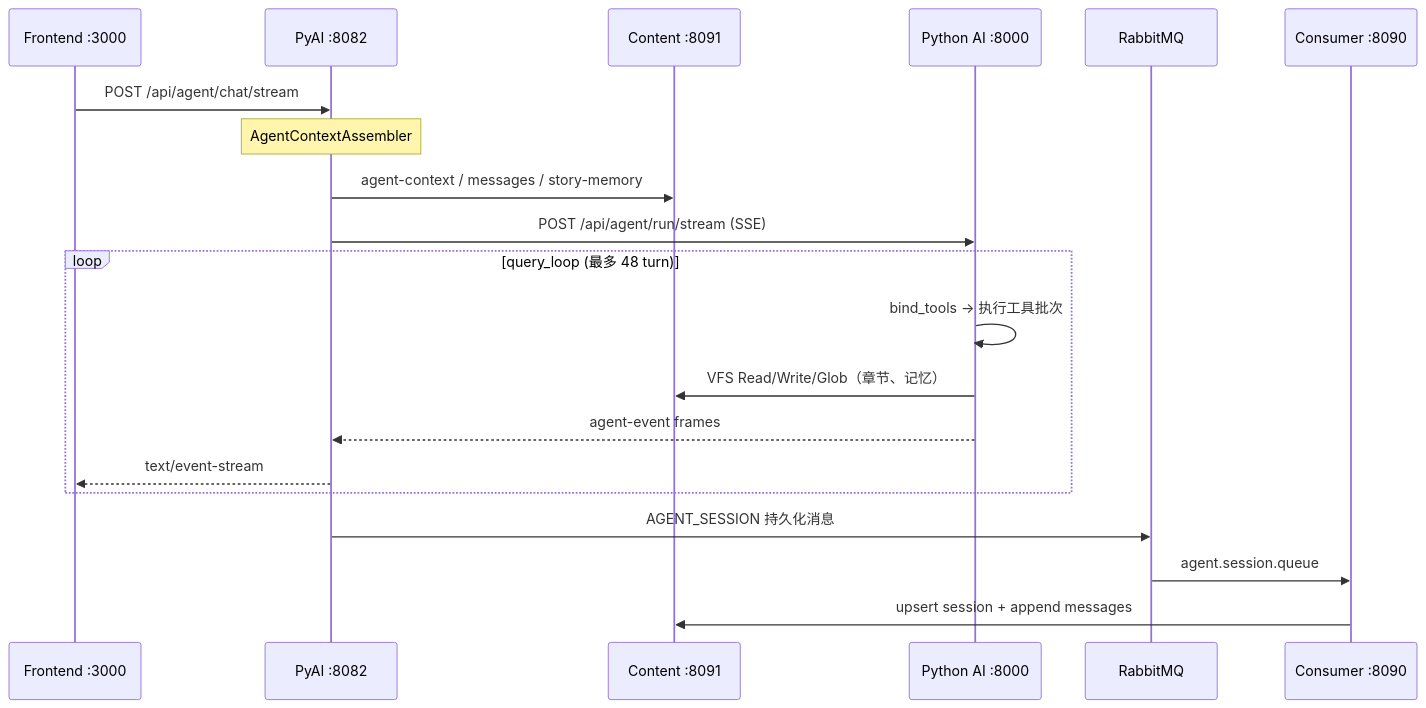
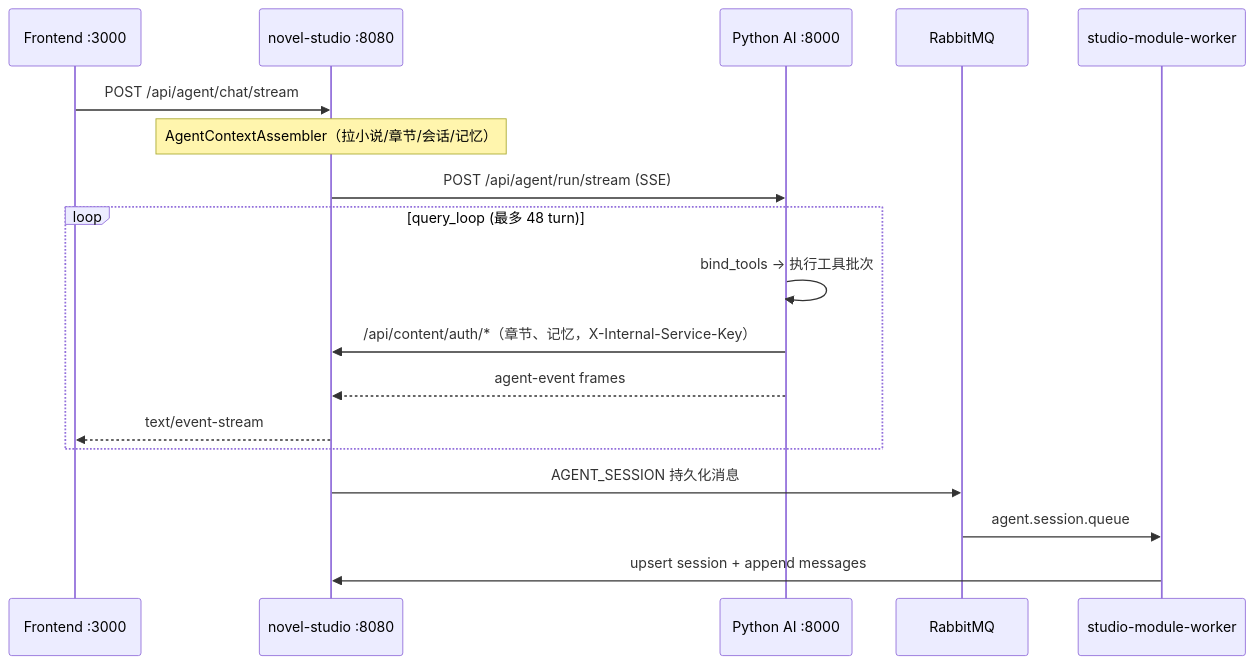
The diagram in docs/ARCHITECTURE.md (patton174/novel-agent), drawn with Mermaid before and after one commit. The commit also changed other lines of this file and 1349 other files, not shown here.

First line of the commit message:
feat: agent owner-SSE 重构 + MemoryNode 记忆系统 + 编排/写章 UI 修复

````diff
--- a/docs/ARCHITECTURE.md
+++ b/docs/ARCHITECTURE.md
@@ -137,23 +100,21 @@
 ```mermaid
 sequenceDiagram
     participant FE as Frontend :3000
-    participant PYAI as PyAI :8082
-    participant CT as Content :8091
+    participant NS as novel-studio :8080
     participant PY as Python AI :8000
     participant MQ as RabbitMQ
-    participant CS as Consumer :8090
+    participant WK as studio-module-worker
 
-    FE->>PYAI: POST /api/agent/chat/stream
-    Note over PYAI: AgentContextAssembler
-    PYAI->>CT: agent-context / messages / story-memory
-    PYAI->>PY: POST /api/agent/run/stream (SSE)
+    FE->>NS: POST /api/agent/chat/stream
+    Note over NS: AgentContextAssembler（拉小说/章节/会话/记忆）
+    NS->>PY: POST /api/agent/run/stream (SSE)
     loop query_loop (最多 48 turn)
         PY->>PY: bind_tools → 执行工具批次
-        PY->>CT: VFS Read/Write/Glob（章节、记忆）
-        PY-->>PYAI: agent-event frames
-        PYAI-->>FE: text/event-stream
+        PY->>NS: /api/content/auth/*（章节、记忆，X-Internal-Service-Key）
+        PY-->>NS: agent-event frames
+        NS-->>FE: text/event-stream
     end
-    PYAI->>MQ: AGENT_SESSION 持久化消息
-    MQ->>CS: agent.session.queue
-    CS->>CT: upsert session + append messages
+    NS->>MQ: AGENT_SESSION 持久化消息
+    MQ->>WK: agent.session.queue
+    WK->>NS: upsert session + append messages
 ```
````
